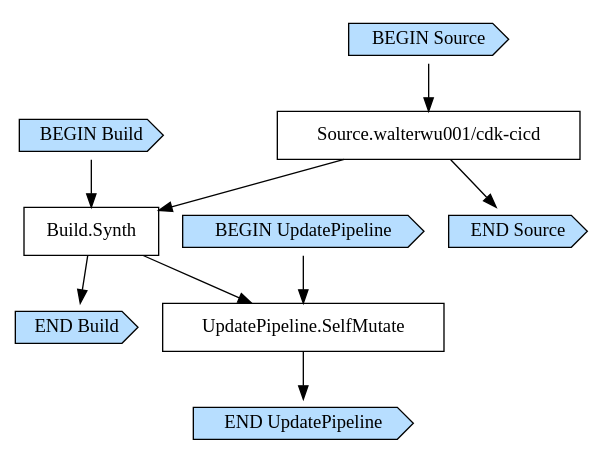
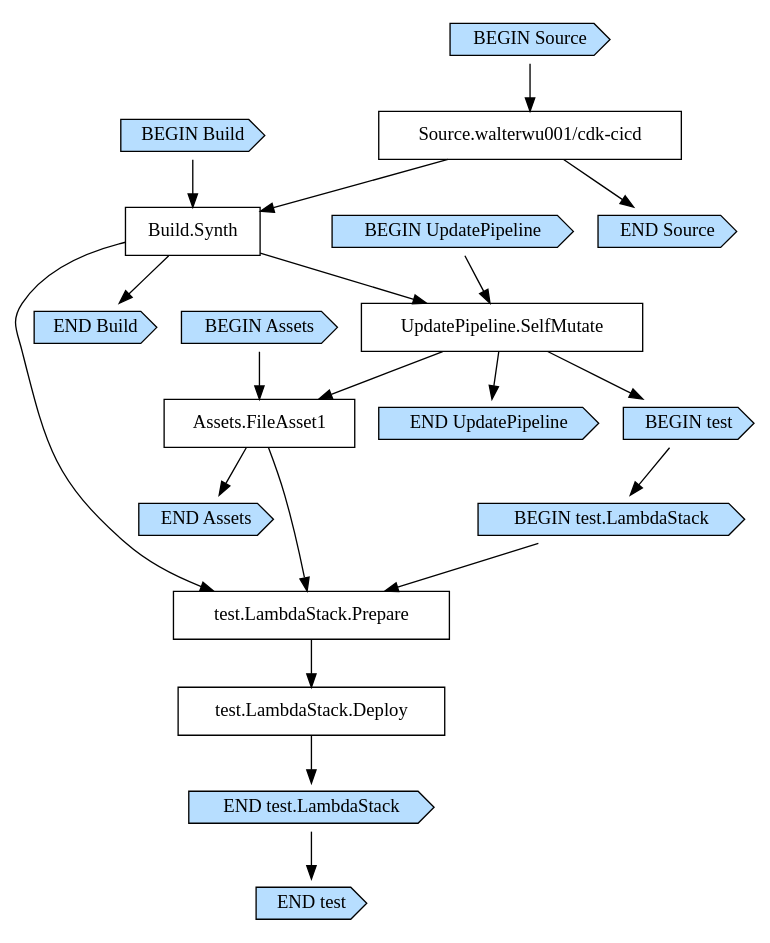
The diagram in cdk.out/CdkCicdStackAwesomePipeline1DCEBB596.dot (walterwu001/cdk-cicd), drawn with Graphviz before and after one commit. The commit also changed 11 other files, not shown here.

```diff
--- a/cdk.out/CdkCicdStackAwesomePipeline1DCEBB596.dot
+++ b/cdk.out/CdkCicdStackAwesomePipeline1DCEBB596.dot
@@ -1,24 +1,44 @@
 digraph G {
   # Arrows represent an "unlocks" relationship (opposite of dependency). So chosen
   # because the layout looks more natural that way.
   # To represent subgraph dependencies, subgraphs are represented by BEGIN/END nodes.
   # To render: `dot -Tsvg CdkCicdStackAwesomePipeline1DCEBB596.dot > graph.svg`, open in a browser.
   node [shape="box"];
 "BEGIN Build" [shape="cds", style="filled", fillcolor="#b7deff"];
 "END Build" [shape="cds", style="filled", fillcolor="#b7deff"];
 "Build.Synth";
 "Source.walterwu001/cdk-cicd" -> "Build.Synth";
 "BEGIN Build" -> "Build.Synth";
 "Build.Synth" -> "END Build";
 "BEGIN UpdatePipeline" [shape="cds", style="filled", fillcolor="#b7deff"];
 "END UpdatePipeline" [shape="cds", style="filled", fillcolor="#b7deff"];
 "UpdatePipeline.SelfMutate";
 "Build.Synth" -> "UpdatePipeline.SelfMutate";
 "BEGIN UpdatePipeline" -> "UpdatePipeline.SelfMutate";
 "UpdatePipeline.SelfMutate" -> "END UpdatePipeline";
+"BEGIN Assets" [shape="cds", style="filled", fillcolor="#b7deff"];
+"END Assets" [shape="cds", style="filled", fillcolor="#b7deff"];
+"Assets.FileAsset1";
+"UpdatePipeline.SelfMutate" -> "Assets.FileAsset1";
+"BEGIN Assets" -> "Assets.FileAsset1";
+"Assets.FileAsset1" -> "END Assets";
+"BEGIN test" [shape="cds", style="filled", fillcolor="#b7deff"];
+"END test" [shape="cds", style="filled", fillcolor="#b7deff"];
+"UpdatePipeline.SelfMutate" -> "BEGIN test";
+"BEGIN test.LambdaStack" [shape="cds", style="filled", fillcolor="#b7deff"];
+"END test.LambdaStack" [shape="cds", style="filled", fillcolor="#b7deff"];
+"test.LambdaStack.Deploy";
+"test.LambdaStack.Prepare" -> "test.LambdaStack.Deploy";
+"test.LambdaStack.Prepare";
+"Build.Synth" -> "test.LambdaStack.Prepare";
+"Assets.FileAsset1" -> "test.LambdaStack.Prepare";
+"BEGIN test.LambdaStack" -> "test.LambdaStack.Prepare";
+"test.LambdaStack.Deploy" -> "END test.LambdaStack";
+"BEGIN test" -> "BEGIN test.LambdaStack";
+"END test.LambdaStack" -> "END test";
 "BEGIN Source" [shape="cds", style="filled", fillcolor="#b7deff"];
 "END Source" [shape="cds", style="filled", fillcolor="#b7deff"];
 "Source.walterwu001/cdk-cicd";
 "BEGIN Source" -> "Source.walterwu001/cdk-cicd";
 "Source.walterwu001/cdk-cicd" -> "END Source";
 }
```
